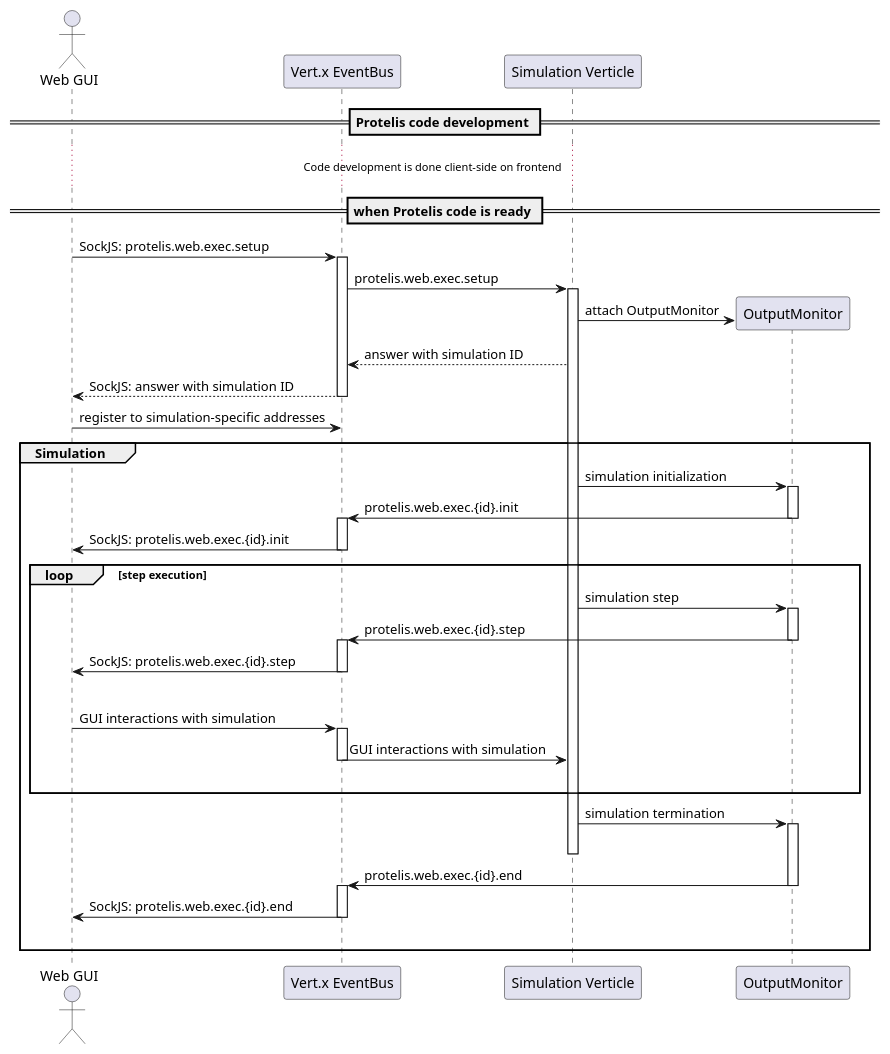
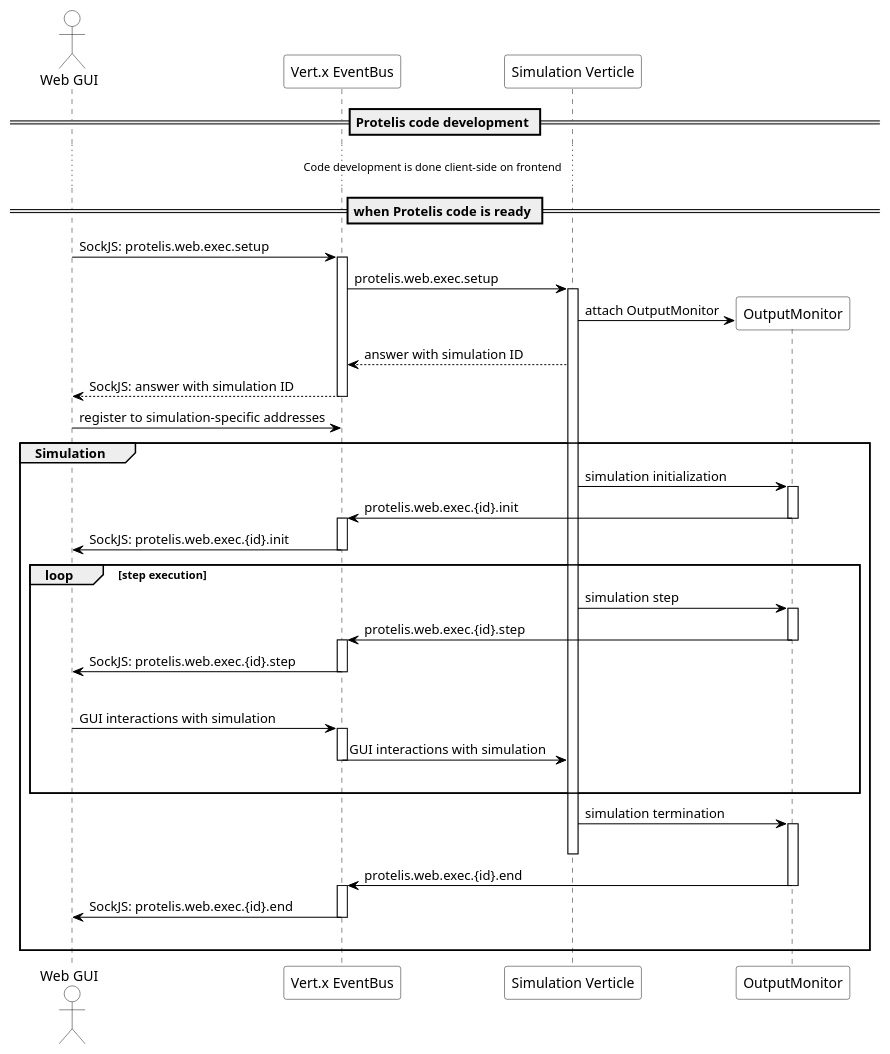
The diagram in res/uml/data-flow.puml (NiccoMlt/protelis-web-thesis), drawn with PlantUML before and after one commit. The commit also changed 4 other files, not shown here.

Commit message:
fix: fix plantUML sequence diagrams

```diff
--- a/res/uml/data-flow.puml
+++ b/res/uml/data-flow.puml
@@ -1,51 +1,77 @@
-@startuml "Simulation data flow"
+@startuml data-flow
+
+skinparam {
+  linetype ortho
+  monochrome true
+  ArrowColor black
+  backgroundColor transparent
+  classBackgroundColor transparent
+  ' style strictuml
+
+  participantBackgroundColor transparent
+  ' participantBorderColor black
+
+  databaseBackgroundColor transparent
+  ' databaseBorderColor FireBrick
+  ' databaseBorderColor Crimson
+  databaseBorderColor Maroon
+  ' databaseBorderColor brown
+  ' databaseBorderColor DarkRed
+  ' databaseBorderColor black
+
+  actorBackgroundColor transparent
+  ' actorBorderColor black
+
+  componentBackgroundColor transparent
+  ' componentBorderColor black
+}
 
 actor "Web GUI" as react
 
 == Protelis code development ==
 
 ... Code development is done client-side on frontend ...
 
 == when Protelis code is ready ==
 
 ' box "Backend server" {
   ' participant "Backend Verticle" as openapi
   participant "Vert.x EventBus" as eventbus
   participant "Simulation Verticle" as alchemist
   participant "OutputMonitor" as monitor
 ' }
 
 ' react --> openapi++: PUT Protelis code
 react -> eventbus++: SockJS: protelis.web.exec.setup
 eventbus -> alchemist++: protelis.web.exec.setup
 alchemist -> monitor**: attach OutputMonitor
 alchemist --> eventbus: answer with simulation ID
 eventbus --> react--: SockJS: answer with simulation ID
 
 react -> eventbus: register to simulation-specific addresses
 
 group Simulation
   alchemist -> monitor++: simulation initialization
   monitor -> eventbus--: protelis.web.exec.{id}.init
   activate eventbus
   eventbus -> react--: SockJS: protelis.web.exec.{id}.init
 
   loop step execution
     alchemist -> monitor++: simulation step
     monitor -> eventbus--: protelis.web.exec.{id}.step
     activate eventbus
     eventbus -> react--: SockJS: protelis.web.exec.{id}.step
     |||
     react -> eventbus++: GUI interactions with simulation
     eventbus -> alchemist--: GUI interactions with simulation
     |||
   end
   alchemist -> monitor++: simulation termination
   deactivate alchemist
   monitor -> eventbus--: protelis.web.exec.{id}.end
   activate eventbus
   eventbus -> react--: SockJS: protelis.web.exec.{id}.end
   |||
 end
 
 @enduml
```
